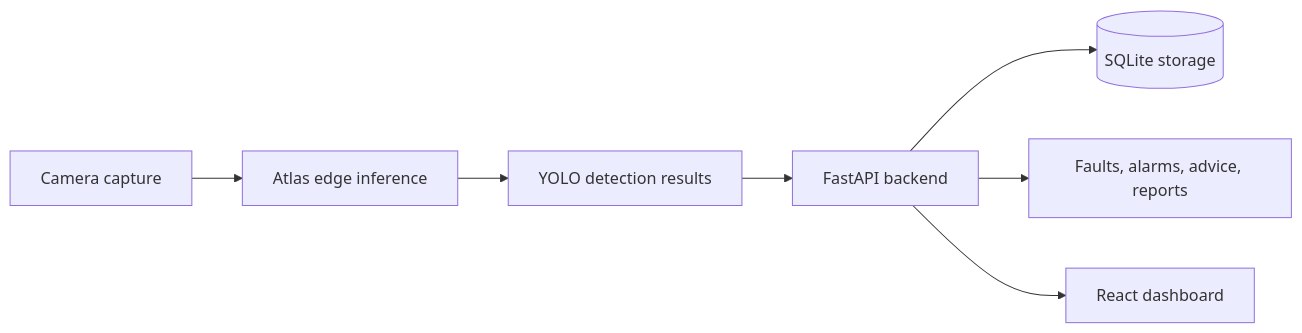
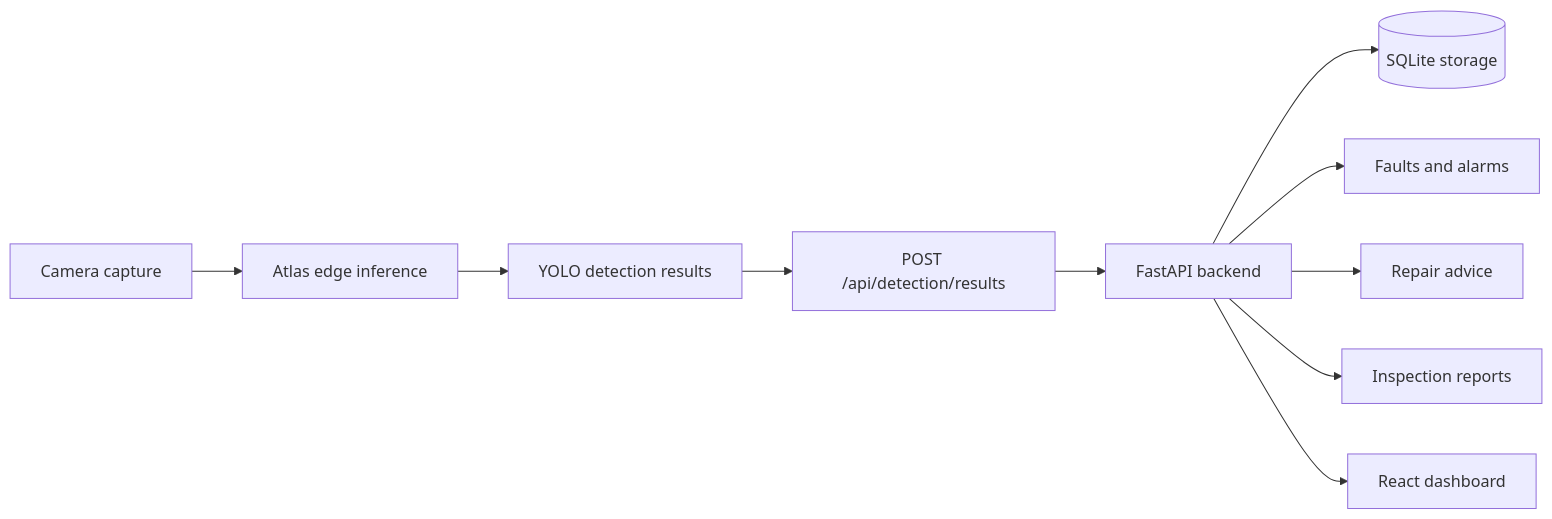
The diagram in README.md (L-1ngg/EdgeEye), drawn with Mermaid before and after one commit. The commit also changed other lines of this file and 1 other file, not shown here.

````diff
--- a/README.md
+++ b/README.md
@@ -36,9 +45,12 @@
 ```mermaid
 flowchart LR
     Camera[Camera capture] --> Atlas[Atlas edge inference]
     Atlas --> Model[YOLO detection results]
-    Model --> API[FastAPI backend]
+    Model --> Upload[POST /api/detection/results]
+    Upload --> API[FastAPI backend]
     API --> Store[(SQLite storage)]
-    API --> Alarm[Faults, alarms, advice, reports]
+    API --> Faults[Faults and alarms]
+    API --> Advice[Repair advice]
+    API --> Reports[Inspection reports]
     API --> Web[React dashboard]
 ```
````
